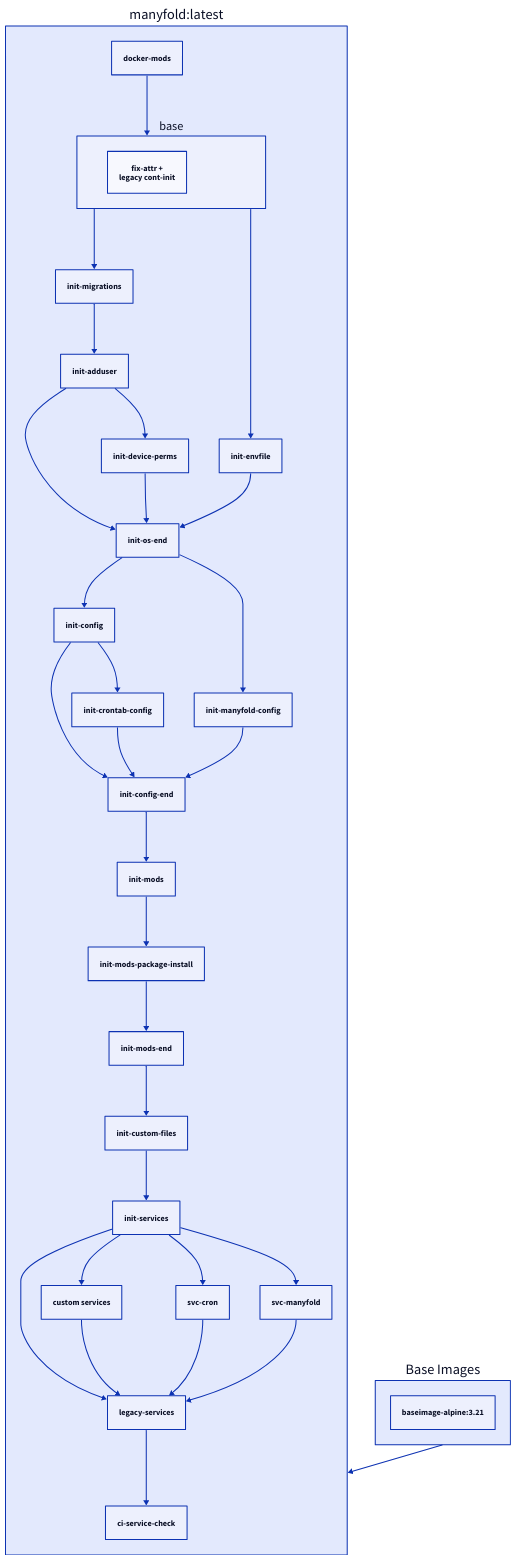
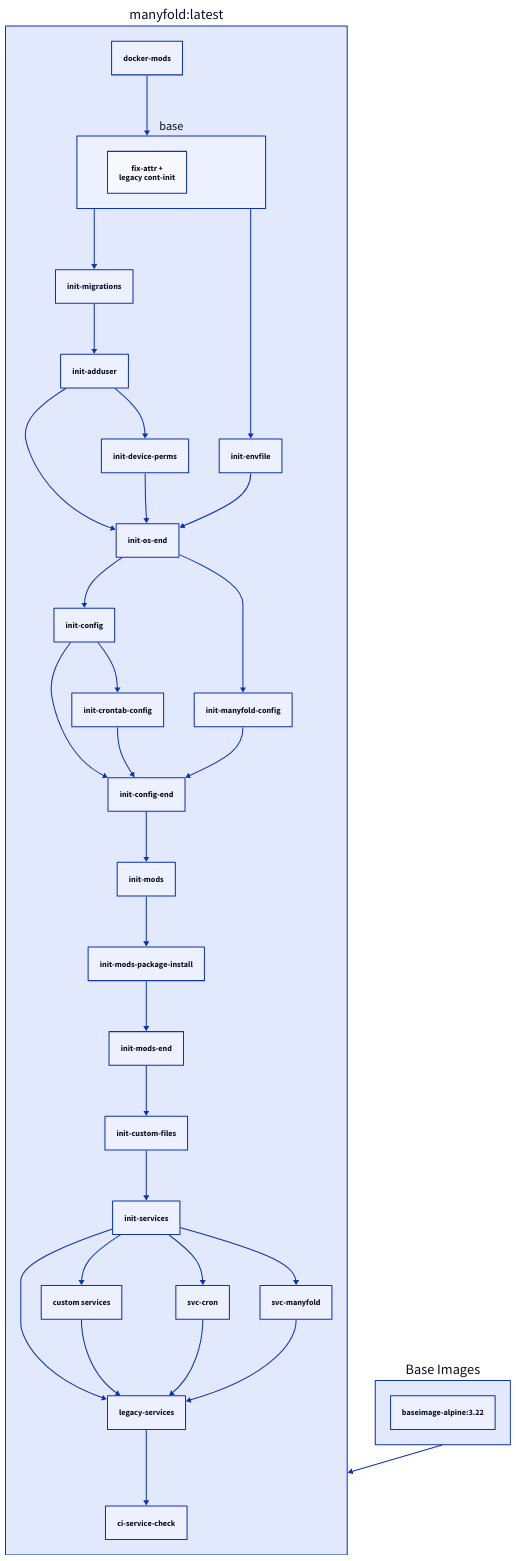
Before and after one commit to pagdot/docker-documentation: the diagram in docs/images/docker-manyfold.md, drawn with D2. The commit also changed other lines of this file, not shown here.

Commit message:
Bot Updating Documentation

````diff
--- a/docs/images/docker-manyfold.md
+++ b/docs/images/docker-manyfold.md
@@ -296,41 +296,41 @@
     ```d2
     "manyfold:latest": {
       docker-mods
       base {
         fix-attr +\nlegacy cont-init
       }
       docker-mods -> base
       legacy-services
       custom services
       init-services -> legacy-services
       init-services -> custom services
       custom services -> legacy-services
       legacy-services -> ci-service-check
       init-migrations -> init-adduser
       init-os-end -> init-config
       init-config -> init-config-end
       init-crontab-config -> init-config-end
       init-manyfold-config -> init-config-end
       init-config -> init-crontab-config
       init-mods-end -> init-custom-files
       init-adduser -> init-device-perms
       base -> init-envfile
       init-os-end -> init-manyfold-config
       base -> init-migrations
       init-config-end -> init-mods
       init-mods-package-install -> init-mods-end
       init-mods -> init-mods-package-install
       init-adduser -> init-os-end
       init-device-perms -> init-os-end
       init-envfile -> init-os-end
       init-custom-files -> init-services
       init-services -> svc-cron
       svc-cron -> legacy-services
       init-services -> svc-manyfold
       svc-manyfold -> legacy-services
     }
     Base Images: {
-      "baseimage-alpine:3.21"
+      "baseimage-alpine:3.22"
     }
     "manyfold:latest" <- Base Images
     ```
````
